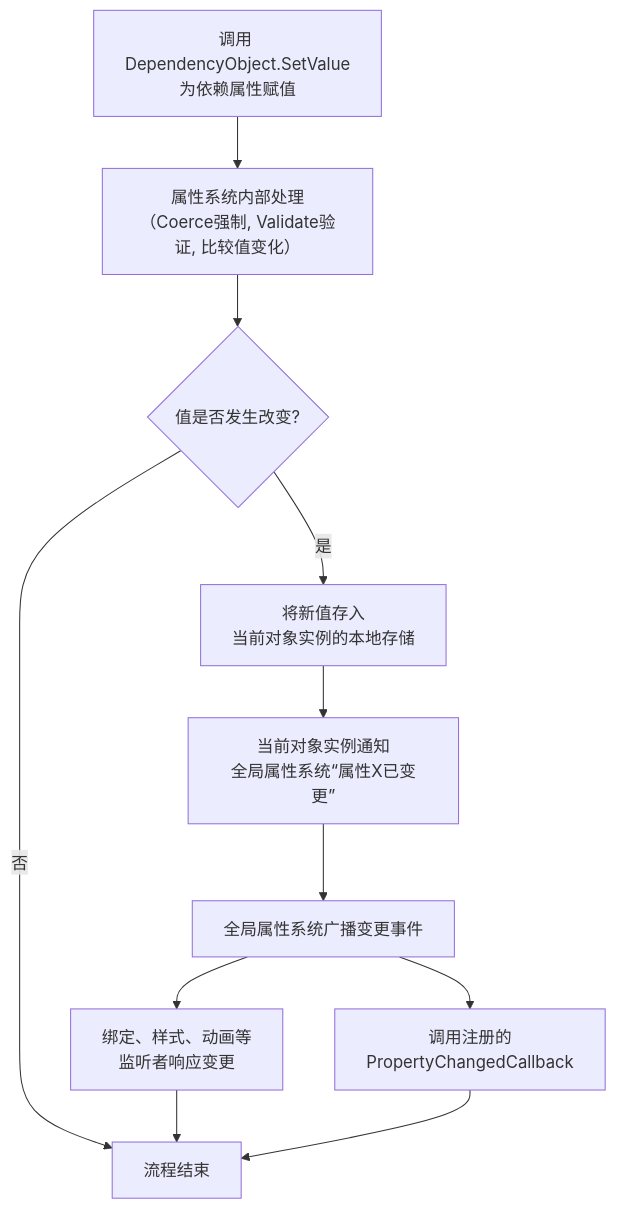
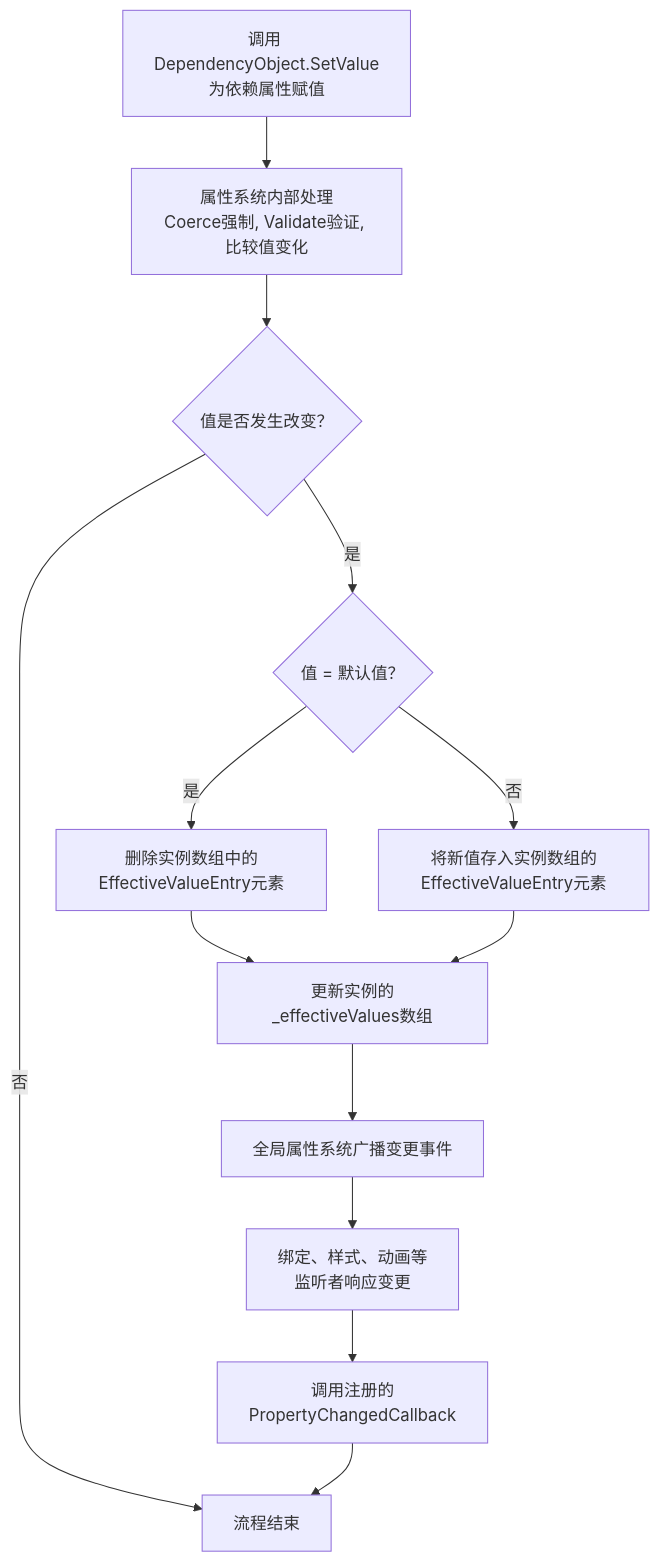
One commit to xiaoYoc/CSharp-Learning-Notes-In-a-Nutshell changed the eighth of 12 diagrams in WPF.md. Above: the diagram before and after it, drawn with Mermaid. The commit also changed other lines of this file, not shown here.

````diff
--- a/WPF.md
+++ b/WPF.md
@@ -2375,12 +2401,15 @@
 ```mermaid
 flowchart TD
-A[调用 DependencyObject.SetValue<br>为依赖属性赋值] --> B[属性系统内部处理<br>（Coerce强制, Validate验证, 比较值变化）];
-B --> C{值是否发生改变?};
-C -- 否 --> Z[流程结束];
-C -- 是 --> D[将新值存入<br>当前对象实例的本地存储];
-D --> E[当前对象实例通知<br>全局属性系统“属性X已变更”];
-E --> F[全局属性系统广播变更事件];
-F --> G[绑定、样式、动画等<br>监听者响应变更];
-F --> H[调用注册的PropertyChangedCallback];
-G & H --> Z;
+    A[调用 DependencyObject.SetValue<br>为依赖属性赋值] --> B[属性系统内部处理<br>Coerce强制, Validate验证, 比较值变化]
+    B --> C{值是否发生改变？}
+    C -->|否| Z[流程结束]
+    C -->|是| D{值 = 默认值？}
+    D -->|是| E[删除实例数组中的EffectiveValueEntry元素]
+    D -->|否| F[将新值存入实例数组的EffectiveValueEntry元素]
+    E --> G[更新实例的_effectiveValues数组]
+    F --> G
+    G --> H[全局属性系统广播变更事件]
+    H --> I[绑定、样式、动画等<br>监听者响应变更]
+    I --> J[调用注册的PropertyChangedCallback]
+    J --> Z
 ```
````
